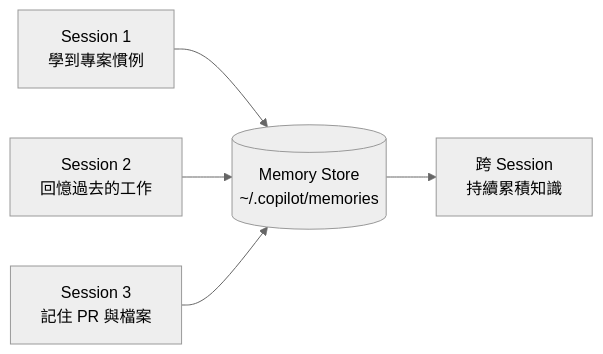
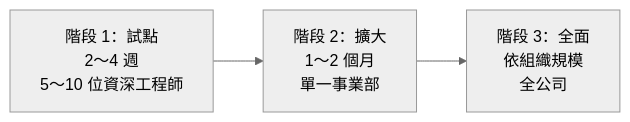
Before and after one commit to chihhung/Blog: the fourth of 8 diagrams in content/posts/教學/AI開發/Copilot CLI教學手冊.md, drawn with Mermaid (neutral theme). The commit also changed other lines of this file and 1 other file, not shown here.

Commit message:
docs: update copilot cli and mattpocock skills doc

````diff
--- a/content/posts/教學/AI開發/Copilot CLI教學手冊.md
+++ b/content/posts/教學/AI開發/Copilot CLI教學手冊.md
@@ -1258,7 +650,5 @@
 ```mermaid
-graph LR
-    A[Session 1<br/>學到專案慣例] --> B[(Memory Store<br/>~/.copilot/memories)]
-    C[Session 2<br/>回憶過去的工作] --> B
-    D[Session 3<br/>記住 PR 與檔案] --> B
-    B --> E[跨 Session<br/>持續累積知識]
+flowchart LR
+    S1["階段 1：試點<br/>2～4 週<br/>5～10 位資深工程師"] --> S2["階段 2：擴大<br/>1～2 個月<br/>單一事業部"]
+    S2 --> S3["階段 3：全面<br/>依組織規模<br/>全公司"]
 ```
````
